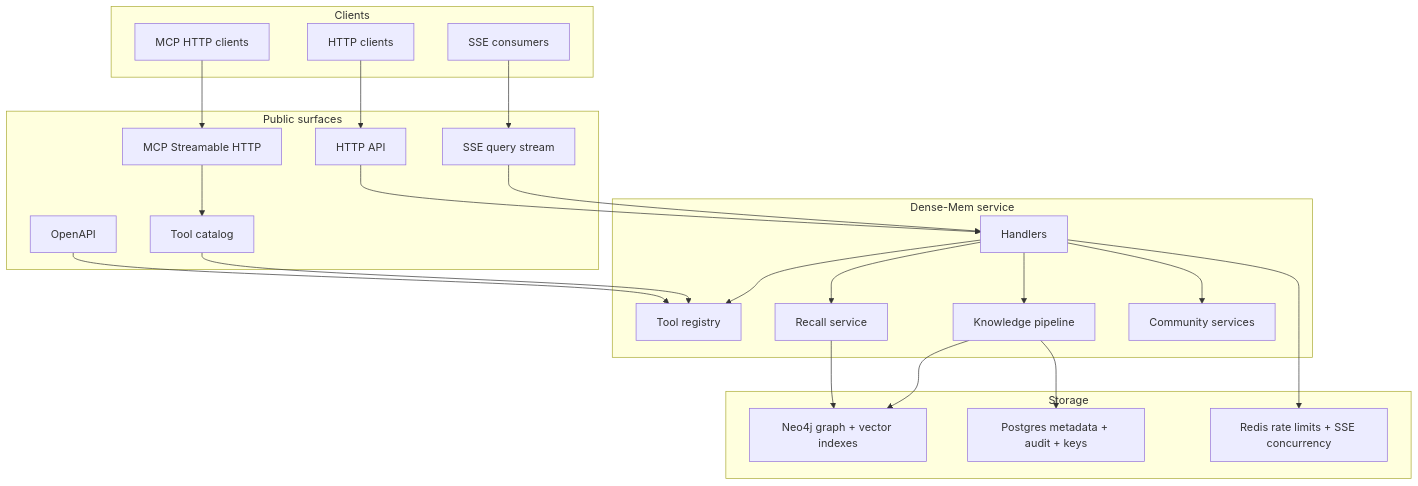
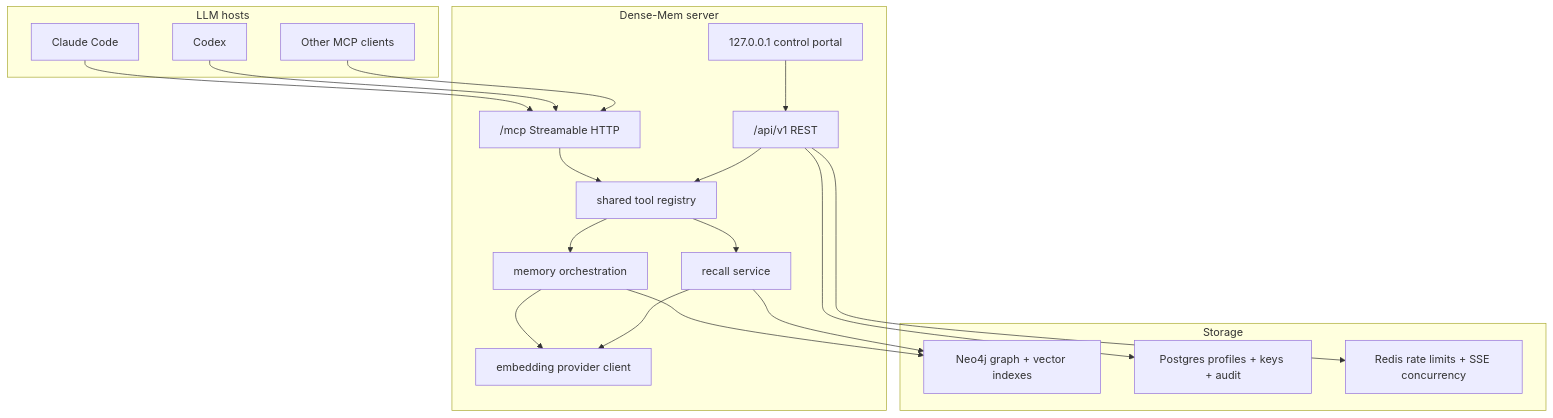
The first of 2 diagrams in README.md (Z-M-Huang/dense-mem), drawn with Mermaid before and after one commit. The commit also changed other lines of this file and 84 other files, not shown here.

Commit message:
Implement standalone MCP memory server

````diff
--- a/README.md
+++ b/README.md
@@ -50,48 +30,39 @@
 ```mermaid
 flowchart TB
-    subgraph Clients["Clients"]
-        HTTPClient["HTTP clients"]
-        SSEClient["SSE consumers"]
-        MCPClient["MCP HTTP clients"]
+    subgraph Hosts["LLM hosts"]
+        Claude["Claude Code"]
+        Codex["Codex"]
+        Apps["Other MCP clients"]
     end
 
-    subgraph Surfaces["Public surfaces"]
-        HTTP["HTTP API"]
-        SSE["SSE query stream"]
-        Catalog["Tool catalog"]
-        OpenAPI["OpenAPI"]
-        MCP["MCP Streamable HTTP"]
-    end
-
-    subgraph Service["Dense-Mem service"]
-        Handlers["Handlers"]
-        Registry["Tool registry"]
-        RecallSvc["Recall service"]
-        Pipeline["Knowledge pipeline"]
-        Communities["Community services"]
+    subgraph DenseMem["Dense-Mem server"]
+        MCP["/mcp Streamable HTTP"]
+        REST["/api/v1 REST"]
+        Portal["127.0.0.1 control portal"]
+        Registry["shared tool registry"]
+        Memory["memory orchestration"]
+        Recall["recall service"]
+        Embeds["embedding provider client"]
     end
 
     subgraph Storage["Storage"]
         Neo4j["Neo4j graph + vector indexes"]
-        Postgres["Postgres metadata + audit + keys"]
+        Postgres["Postgres profiles + keys + audit"]
         Redis["Redis rate limits + SSE concurrency"]
     end
 
-    HTTPClient --> HTTP
-    SSEClient --> SSE
-    MCPClient --> MCP
-    MCP --> Catalog
-    OpenAPI --> Registry
-    Catalog --> Registry
-    HTTP --> Handlers
-    SSE --> Handlers
-    Handlers --> Registry
-    Handlers --> RecallSvc
-    Handlers --> Pipeline
-    Handlers --> Communities
-
-    RecallSvc --> Neo4j
-    Pipeline --> Neo4j
-    Pipeline --> Postgres
-    Handlers --> Redis
+    Claude --> MCP
+    Codex --> MCP
+    Apps --> MCP
+    Portal --> REST
+    MCP --> Registry
+    REST --> Registry
+    Registry --> Memory
+    Registry --> Recall
+    Memory --> Embeds
+    Recall --> Embeds
+    Memory --> Neo4j
+    Recall --> Neo4j
+    REST --> Postgres
+    REST --> Redis
 ```
````
